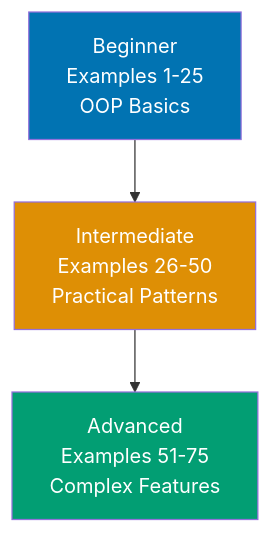
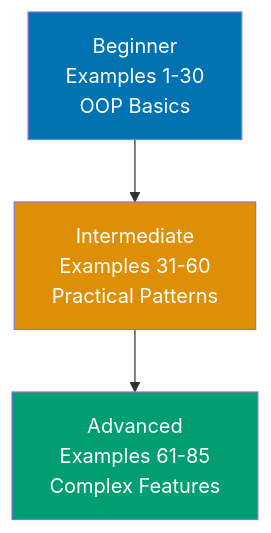
The diagram in apps/ayokoding-web/content/en/learn/software-engineering/programming-languages/java/tutorials/by-example/overview.md (wahidyankf/open-sharia-enterprise), drawn with Mermaid before and after one commit. The commit also changed other lines of this file and 20 other files, not shown here.

````diff
--- a/apps/ayokoding-web/content/en/learn/software-engineering/programming-languages/java/tutorials/by-example/overview.md
+++ b/apps/ayokoding-web/content/en/learn/software-engineering/programming-languages/java/tutorials/by-example/overview.md
@@ -27,10 +27,10 @@
 ```mermaid
 %% Color Palette: Blue #0173B2, Orange #DE8F05, Teal #029E73, Purple #CC78BC, Brown #CA9161
 graph TD
-    A["Beginner<br/>Examples 1-25<br/>OOP Basics"] --> B["Intermediate<br/>Examples 26-50<br/>Practical Patterns"]
-    B --> C["Advanced<br/>Examples 51-75<br/>Complex Features"]
+    A["Beginner<br/>Examples 1-30<br/>OOP Basics"] --> B["Intermediate<br/>Examples 31-60<br/>Practical Patterns"]
+    B --> C["Advanced<br/>Examples 61-85<br/>Complex Features"]
 
     style A fill:#0173B2,color:#fff
     style B fill:#DE8F05,color:#fff
     style C fill:#029E73,color:#fff
 ```
````
